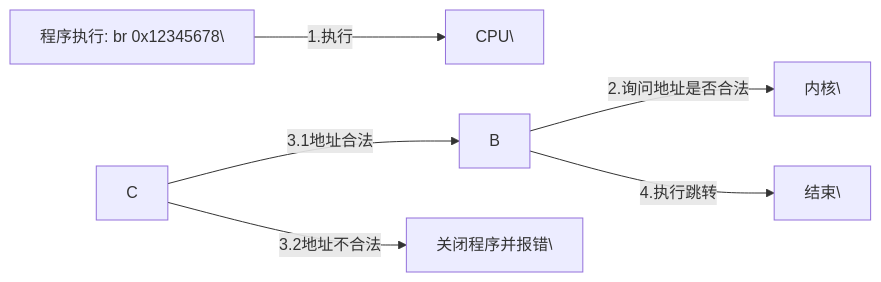
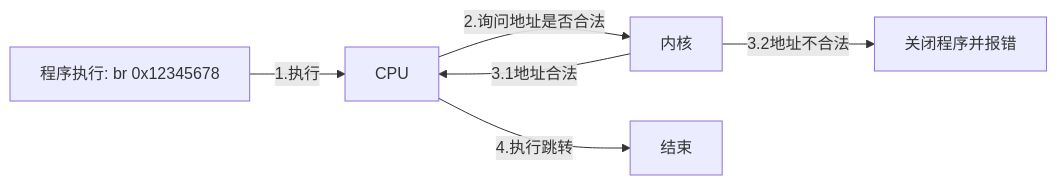
One commit to orangeboyChen/blog changed the diagram in src/content/posts/kotlin/kotlin-native编译原理02-简单「深入」理解objective-c运行时（一）/index.md. Above: the diagram before and after it, drawn with Mermaid. The commit also changed other lines of this file and 27 other files, not shown here.

````diff
--- a/src/content/posts/kotlin/kotlin-native编译原理02-简单「深入」理解objective-c运行时（一）/index.md
+++ b/src/content/posts/kotlin/kotlin-native编译原理02-简单「深入」理解objective-c运行时（一）/index.md
@@ -597,8 +593,8 @@
 ```mermaid
 graph LR
-  A\[程序执行: br 0x12345678\] --1.执行--> B\[CPU\]
-  B --2.询问地址是否合法--> C\[内核\]
+  A[程序执行: br 0x12345678] --1.执行--> B[CPU]
+  B --2.询问地址是否合法--> C[内核]
   C --3.1地址合法--> B
-  B --4.执行跳转--> D\[结束\]
-  C --3.2地址不合法--> E\[关闭程序并报错\]
+  B --4.执行跳转--> D[结束]
+  C --3.2地址不合法--> E[关闭程序并报错]
 ```
````
